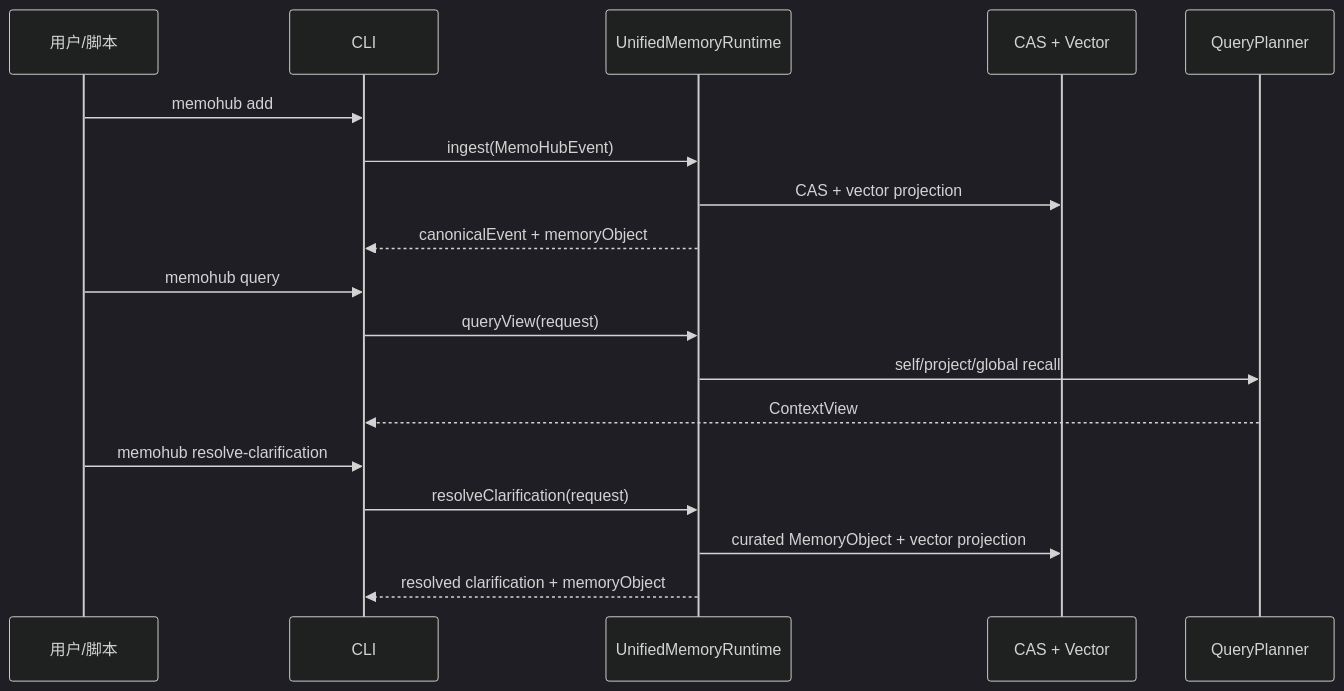
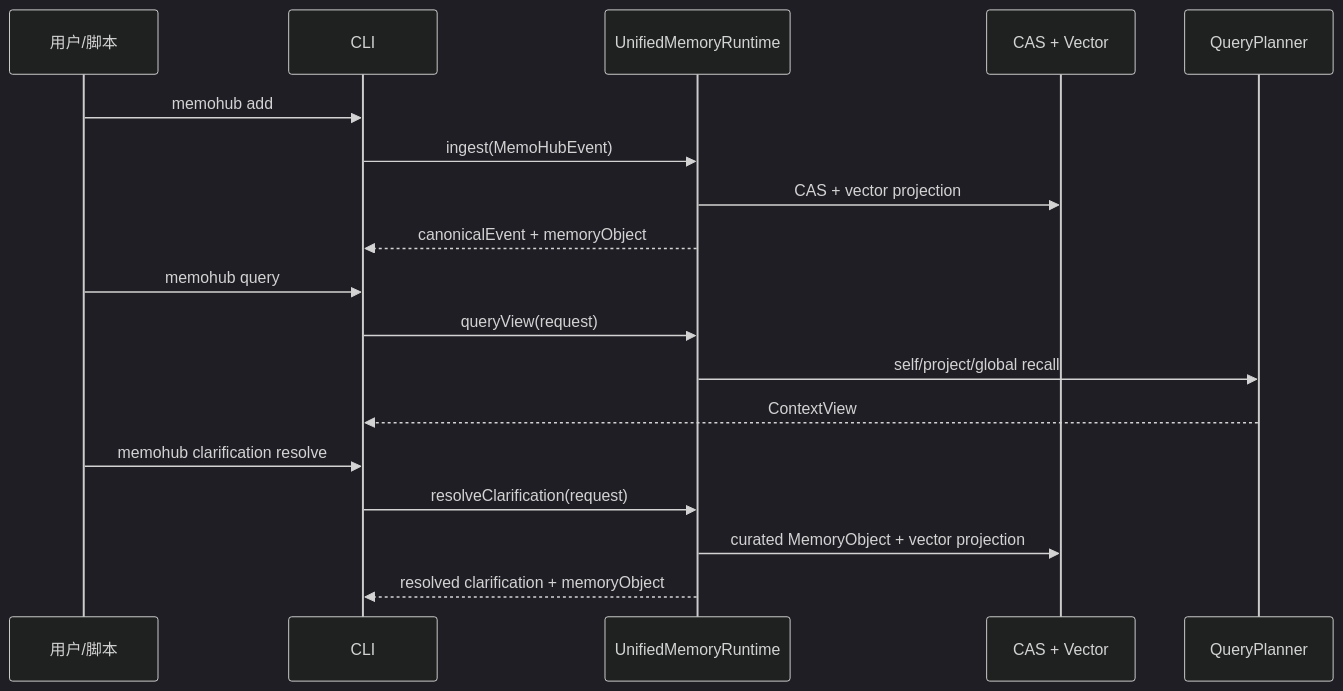
Before and after one commit to embaobao/memo-hub: the diagram in docs/integration/cli-integration.md, drawn with Mermaid (dark theme). The commit also changed other lines of this file and 78 other files, not shown here.

Commit message:
refactor cli mcp governance and onboarding flow

````diff
--- a/docs/integration/cli-integration.md
+++ b/docs/integration/cli-integration.md
@@ -47,23 +50,23 @@
 ```mermaid
 sequenceDiagram
     participant User as 用户/脚本
     participant CLI as CLI
     participant Runtime as UnifiedMemoryRuntime
     participant Store as CAS + Vector
     participant Planner as QueryPlanner
 
     User->>CLI: memohub add
     CLI->>Runtime: ingest(MemoHubEvent)
     Runtime->>Store: CAS + vector projection
     Runtime-->>CLI: canonicalEvent + memoryObject
 
     User->>CLI: memohub query
     CLI->>Runtime: queryView(request)
     Runtime->>Planner: self/project/global recall
     Planner-->>CLI: ContextView
 
-    User->>CLI: memohub resolve-clarification
+    User->>CLI: memohub clarification resolve
     CLI->>Runtime: resolveClarification(request)
     Runtime->>Store: curated MemoryObject + vector projection
     Runtime-->>CLI: resolved clarification + memoryObject
 ```
````
